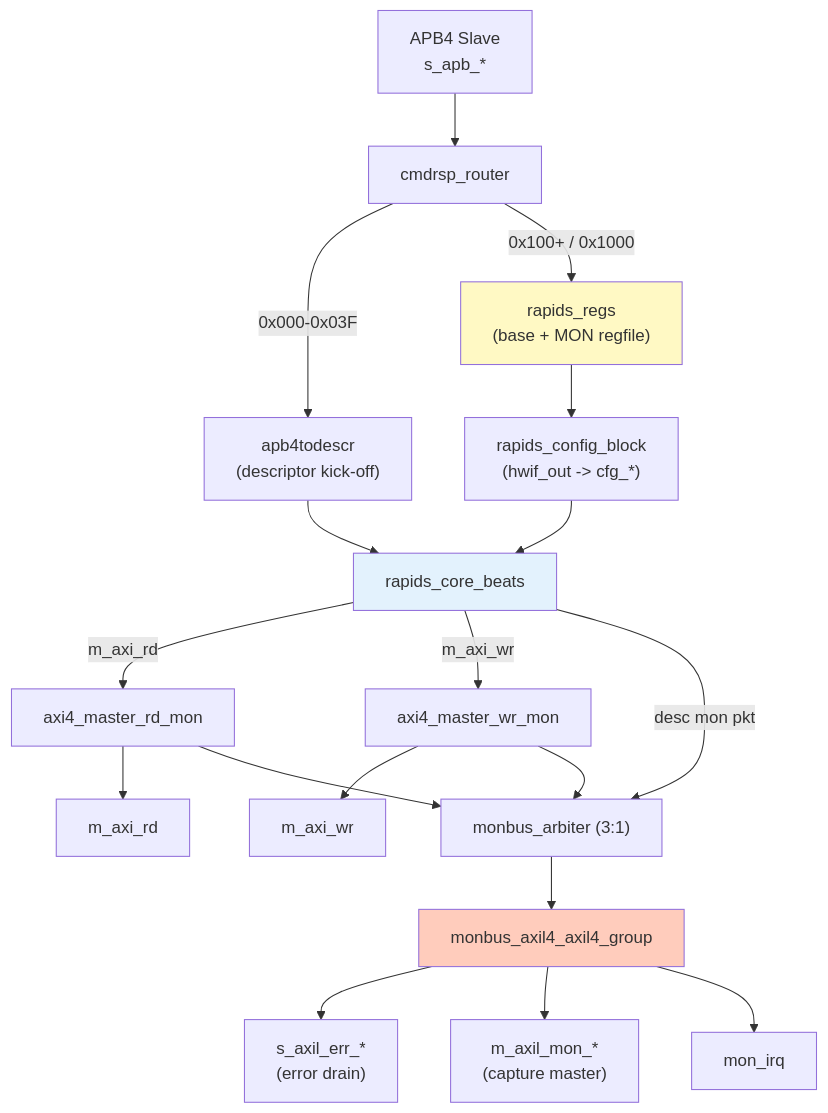
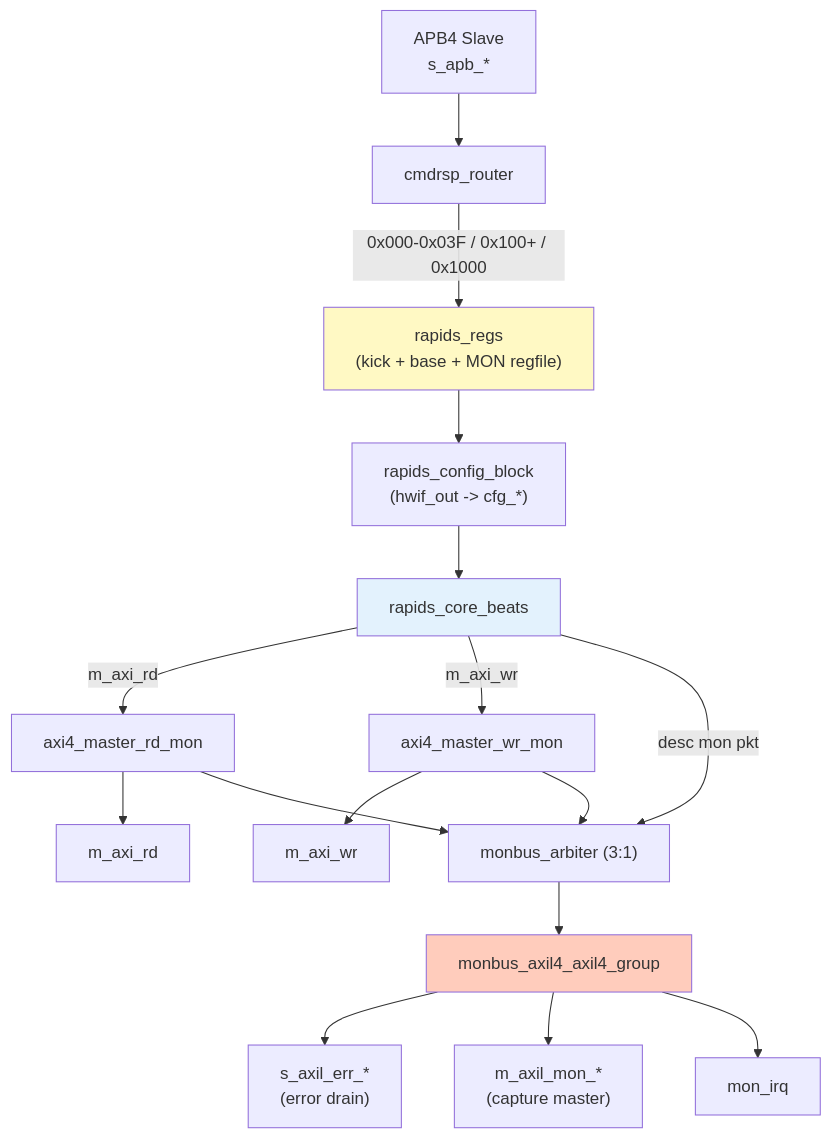
Before and after one commit to sean-galloway/RTLDesignSherpa: the second of 2 diagrams in projects/components/dmas/rapids/docs/rapids_beats_has/ch02_architecture/01_block_diagram.md, drawn with Mermaid. The commit also changed other lines of this file and 55 other files, not shown here.

First line of the commit message:
refactor: remove the remaining apb4todescr references

````diff
--- a/projects/components/dmas/rapids/docs/rapids_beats_has/ch02_architecture/01_block_diagram.md
+++ b/projects/components/dmas/rapids/docs/rapids_beats_has/ch02_architecture/01_block_diagram.md
@@ -110,26 +110,24 @@
 ```mermaid
 graph TB
     APB["APB4 Slave<br/>s_apb_*"] --> ROUTER["cmdrsp_router"]
-    ROUTER -->|"0x000-0x03F"| KICK["apb4todescr<br/>(descriptor kick-off)"]
-    ROUTER -->|"0x100+ / 0x1000"| REGS["rapids_regs<br/>(base + MON regfile)"]
+    ROUTER -->|"0x000-0x03F / 0x100+ / 0x1000"| REGS["rapids_regs<br/>(kick + base + MON regfile)"]
     REGS --> CFG["rapids_config_block<br/>(hwif_out -> cfg_*)"]
-    KICK --> CORE["rapids_core_beats"]
-    CFG --> CORE
+    CFG --> CORE["rapids_core_beats"]
 
     CORE -->|"m_axi_rd"| RDMON["axi4_master_rd_mon"]
     CORE -->|"m_axi_wr"| WRMON["axi4_master_wr_mon"]
     RDMON --> MRD["m_axi_rd"]
     WRMON --> MWR["m_axi_wr"]
 
     CORE -->|"desc mon pkt"| ARB["monbus_arbiter (3:1)"]
     RDMON --> ARB
     WRMON --> ARB
     ARB --> GRP["monbus_axil4_axil4_group"]
     GRP --> ERR["s_axil_err_*<br/>(error drain)"]
     GRP --> CAP["m_axil_mon_*<br/>(capture master)"]
     GRP --> IRQ["mon_irq"]
 
     style CORE fill:#e3f2fd
     style REGS fill:#fff9c4
     style GRP fill:#ffccbc
 ```
````
